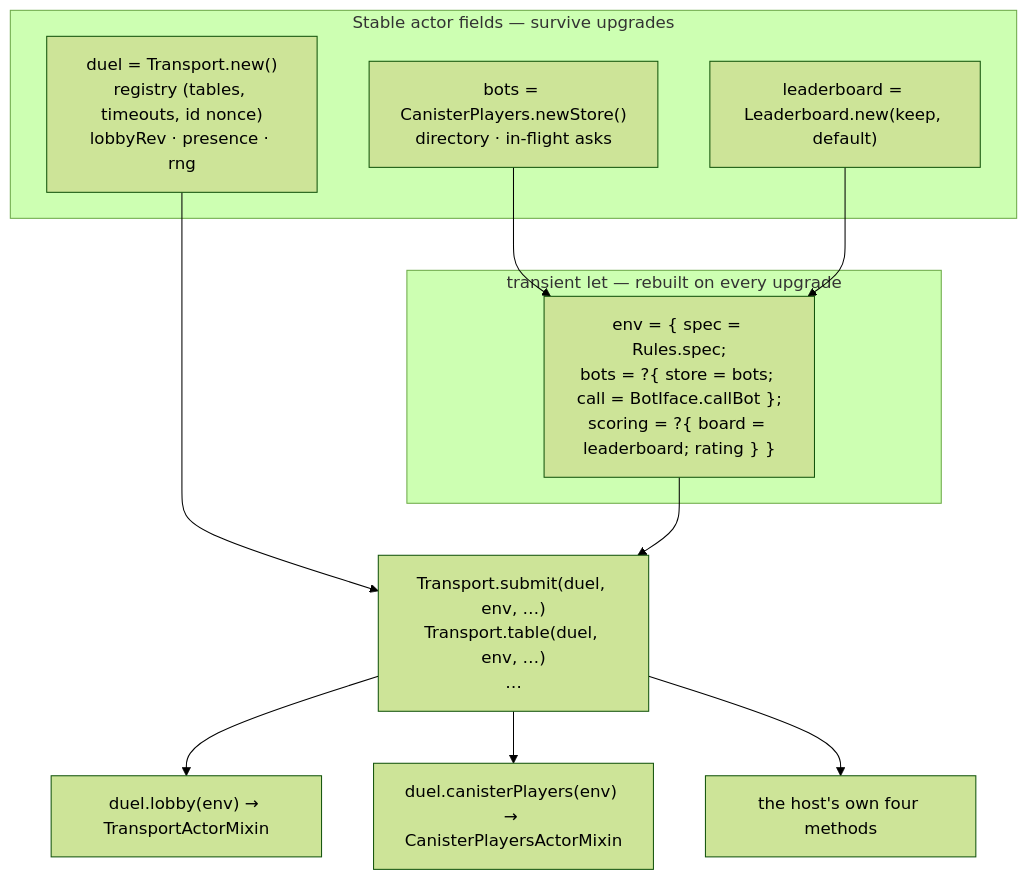
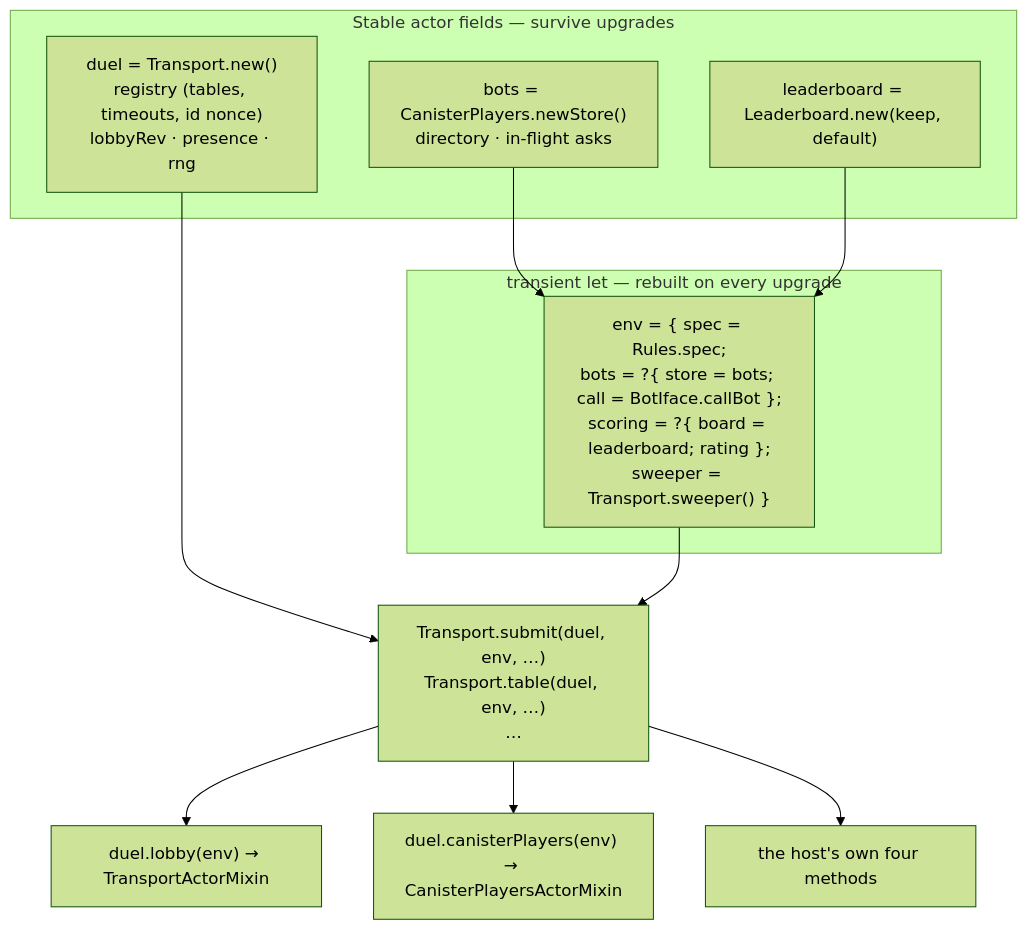
One commit to research-ag/duel-core changed the third of 9 diagrams in DESIGN.md. Above: the diagram before and after it, drawn with Mermaid (forest theme). The commit also changed other lines of this file and 17 other files, not shown here.

````diff
--- a/DESIGN.md
+++ b/DESIGN.md
@@ -180,18 +180,18 @@
 ```mermaid
 flowchart TB
   subgraph stable["Stable actor fields — survive upgrades"]
     st["duel = Transport.new()<br/>registry (tables, timeouts, id nonce)<br/>lobbyRev · presence · rng"]
     bots["bots = CanisterPlayers.newStore()<br/>directory · in-flight asks"]
     lb["leaderboard = Leaderboard.new(keep, default)"]
   end
   subgraph transient["transient let — rebuilt on every upgrade"]
-    envr["env = { spec = Rules.spec;<br/>bots = ?{ store = bots; call = BotIface.callBot };<br/>scoring = ?{ board = leaderboard; rating } }"]
+    envr["env = { spec = Rules.spec;<br/>bots = ?{ store = bots; call = BotIface.callBot };<br/>scoring = ?{ board = leaderboard; rating };<br/>sweeper = Transport.sweeper() }"]
   end
   bots --> envr
   lb --> envr
   st --> fns["Transport.submit(duel, env, …)<br/>Transport.table(duel, env, …)<br/>…"]
   envr --> fns
   fns --> lobby["duel.lobby(env) → TransportActorMixin"]
   fns --> cp["duel.canisterPlayers(env) → CanisterPlayersActorMixin"]
   fns --> own["the host's own four methods"]
 ```
````
